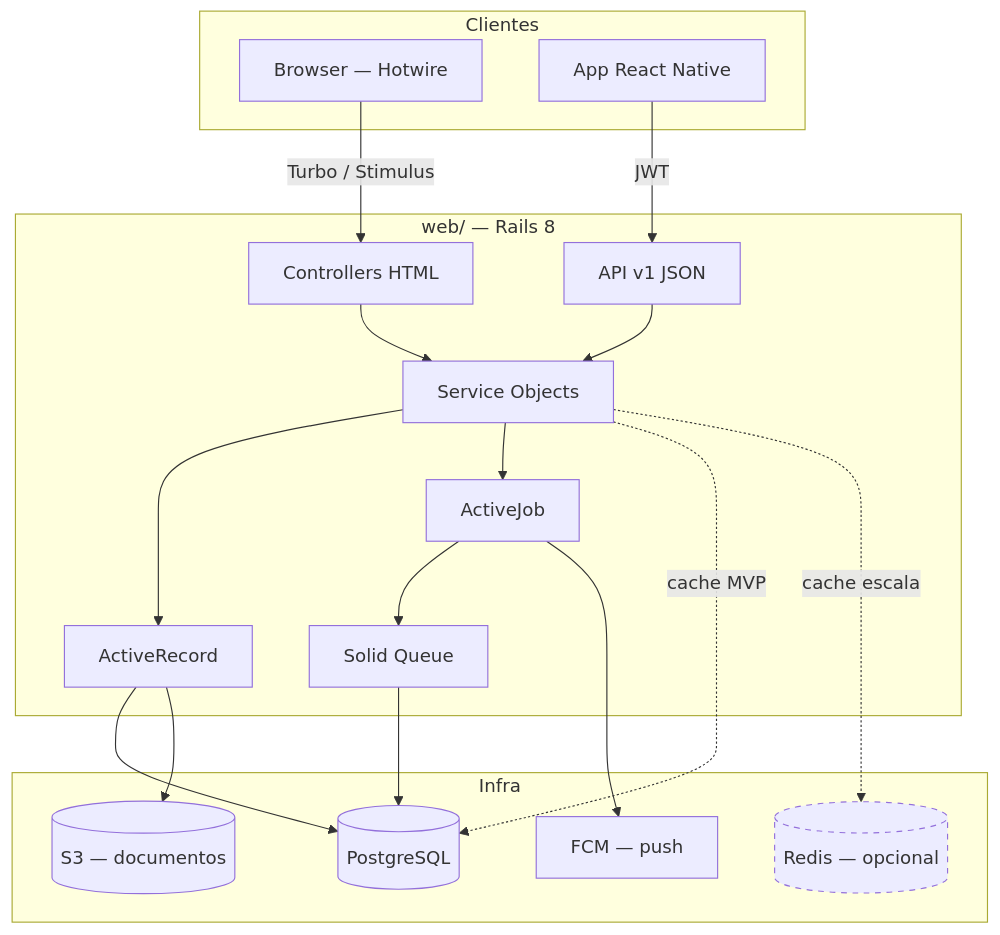
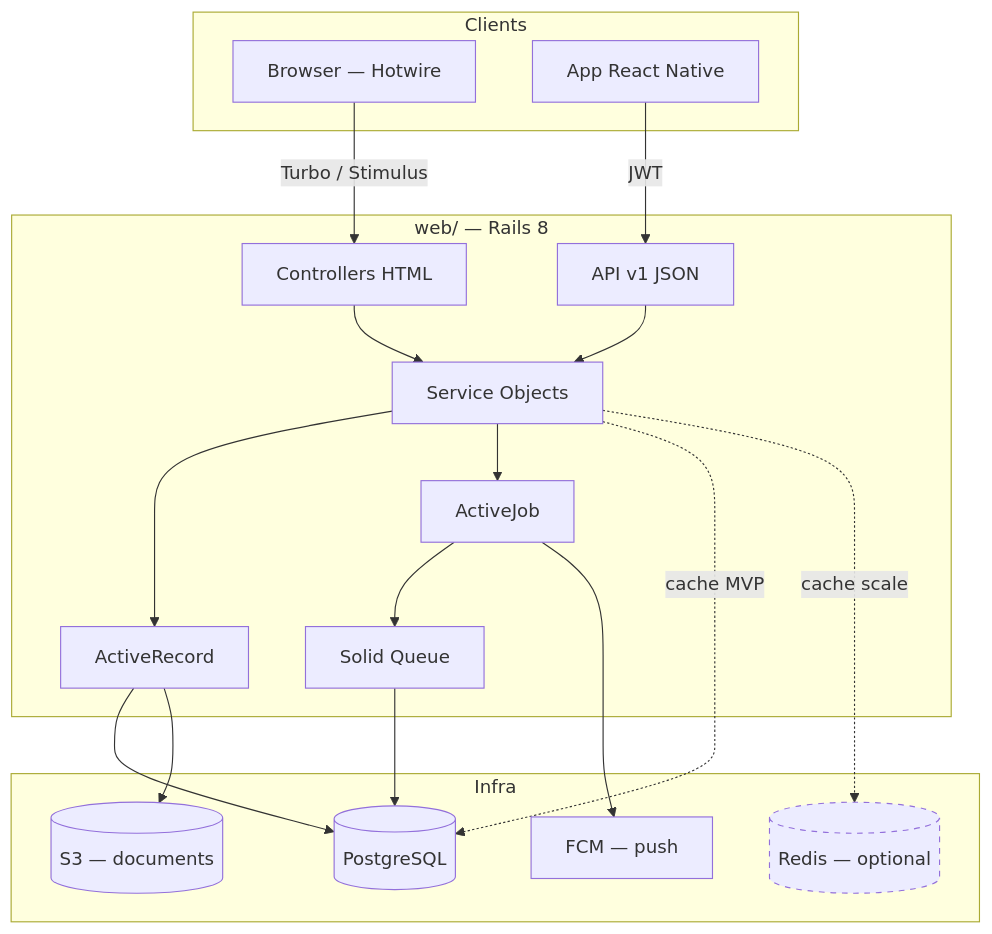
Before and after one commit to DLA-Solutions/school_lab: the first of 3 diagrams in docs/web-stack.md, drawn with Mermaid. The commit also changed other lines of this file and 6 other files, not shown here.

````diff
--- a/docs/web-stack.md
+++ b/docs/web-stack.md
@@ -172,44 +172,44 @@
 ```mermaid
 flowchart TB
-    subgraph clients [Clientes]
+    subgraph clients [Clients]
         Browser[Browser — Hotwire]
         MobileApp[App React Native]
     end
 
     subgraph web [web/ — Rails 8]
         HTML[Controllers HTML]
         API[API v1 JSON]
         Services[Service Objects]
         Models[ActiveRecord]
         Jobs[ActiveJob]
         SQ[Solid Queue]
     end
 
     subgraph infra [Infra]
         PG[(PostgreSQL)]
-        Redis[(Redis — opcional)]
-        S3[(S3 — documentos)]
+        Redis[(Redis — optional)]
+        S3[(S3 — documents)]
         FCM[FCM — push]
     end
 
     Browser -->|Turbo / Stimulus| HTML
     MobileApp -->|JWT| API
 
     HTML --> Services
     API --> Services
     Services --> Models
     Services --> Jobs
 
     Jobs --> SQ
     SQ --> PG
     Jobs --> FCM
 
     Models --> PG
     Models --> S3
 
     Services -.->|cache MVP| PG
-    Services -.->|cache escala| Redis
+    Services -.->|cache scale| Redis
 
     classDef optional stroke-dasharray: 5 5
     class Redis optional
 ```
````
